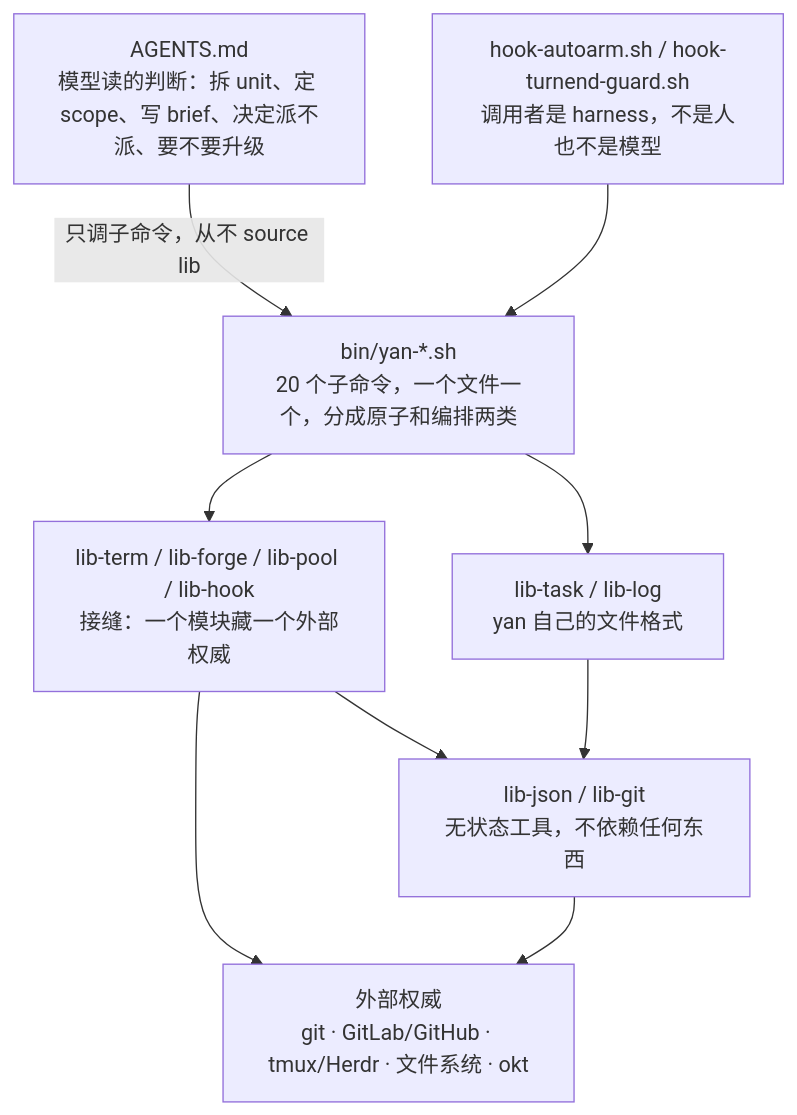
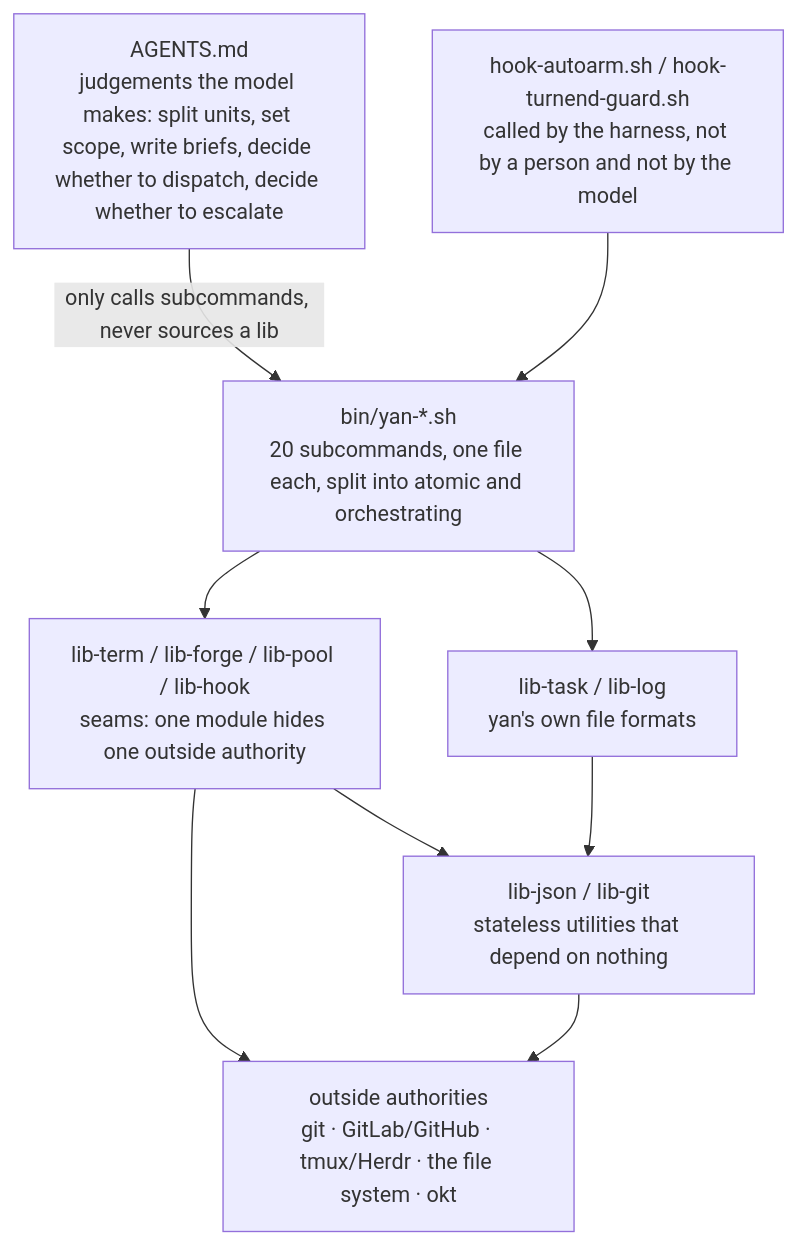
Before and after one commit to BoLiDev/Yan: the diagram in docs/design/architecture.md, drawn with Mermaid. The commit also changed other lines of this file and 13 other files, not shown here.

````diff
--- a/docs/design/architecture.md
+++ b/docs/design/architecture.md
@@ -26,19 +23,19 @@
 ```mermaid
 graph TD
-    A["AGENTS.md<br/>模型读的判断：拆 unit、定 scope、写 brief、决定派不派、要不要升级"]
-    B["bin/yan-*.sh<br/>20 个子命令，一个文件一个，分成原子和编排两类"]
-    H["hook-autoarm.sh / hook-turnend-guard.sh<br/>调用者是 harness，不是人也不是模型"]
-    C["lib-term / lib-forge / lib-pool / lib-hook<br/>接缝：一个模块藏一个外部权威"]
-    D["lib-task / lib-log<br/>yan 自己的文件格式"]
-    E["lib-json / lib-git<br/>无状态工具，不依赖任何东西"]
-    F["外部权威<br/>git · GitLab/GitHub · tmux/Herdr · 文件系统 · okt"]
+    A["AGENTS.md<br/>judgements the model makes: split units, set scope, write briefs, decide whether to dispatch, decide whether to escalate"]
+    B["bin/yan-*.sh<br/>20 subcommands, one file each, split into atomic and orchestrating"]
+    H["hook-autoarm.sh / hook-turnend-guard.sh<br/>called by the harness, not by a person and not by the model"]
+    C["lib-term / lib-forge / lib-pool / lib-hook<br/>seams: one module hides one outside authority"]
+    D["lib-task / lib-log<br/>yan's own file formats"]
+    E["lib-json / lib-git<br/>stateless utilities that depend on nothing"]
+    F["outside authorities<br/>git · GitLab/GitHub · tmux/Herdr · the file system · okt"]
 
-    A -->|"只调子命令，从不 source lib"| B
+    A -->|"only calls subcommands, never sources a lib"| B
     H --> B
     B --> C
     B --> D
     C --> E
     D --> E
     C --> F
     E --> F
 ```
````
